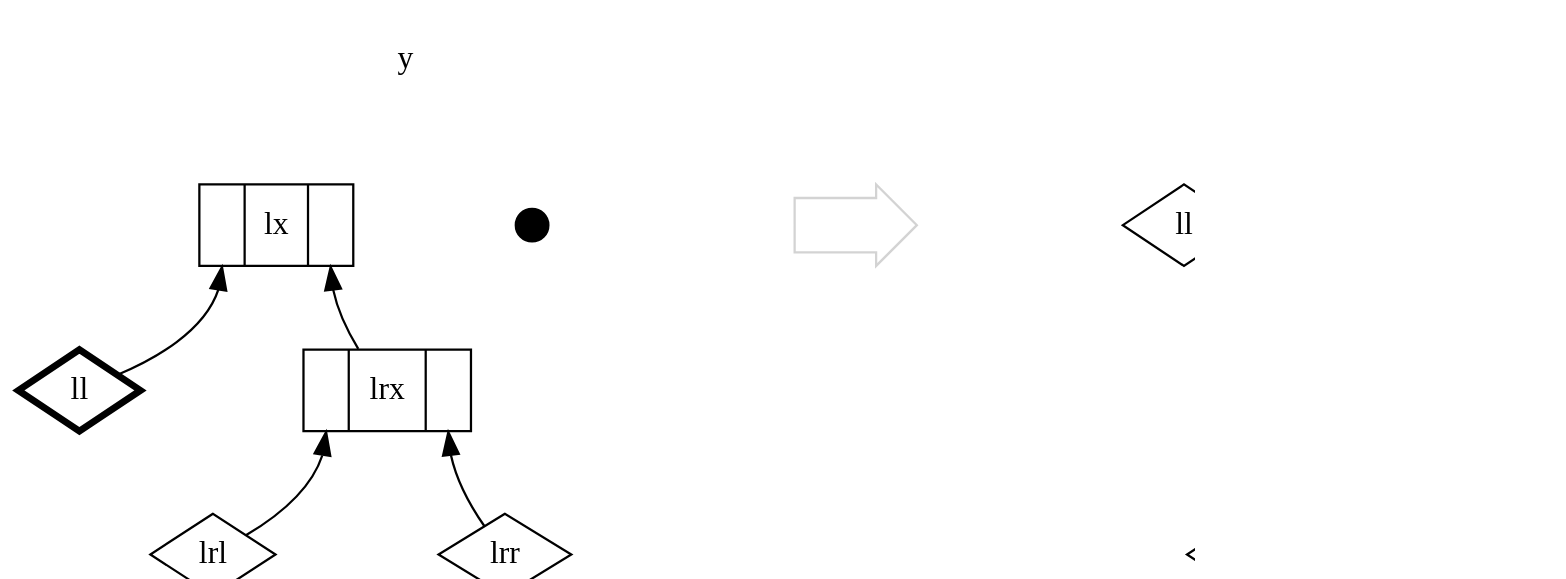
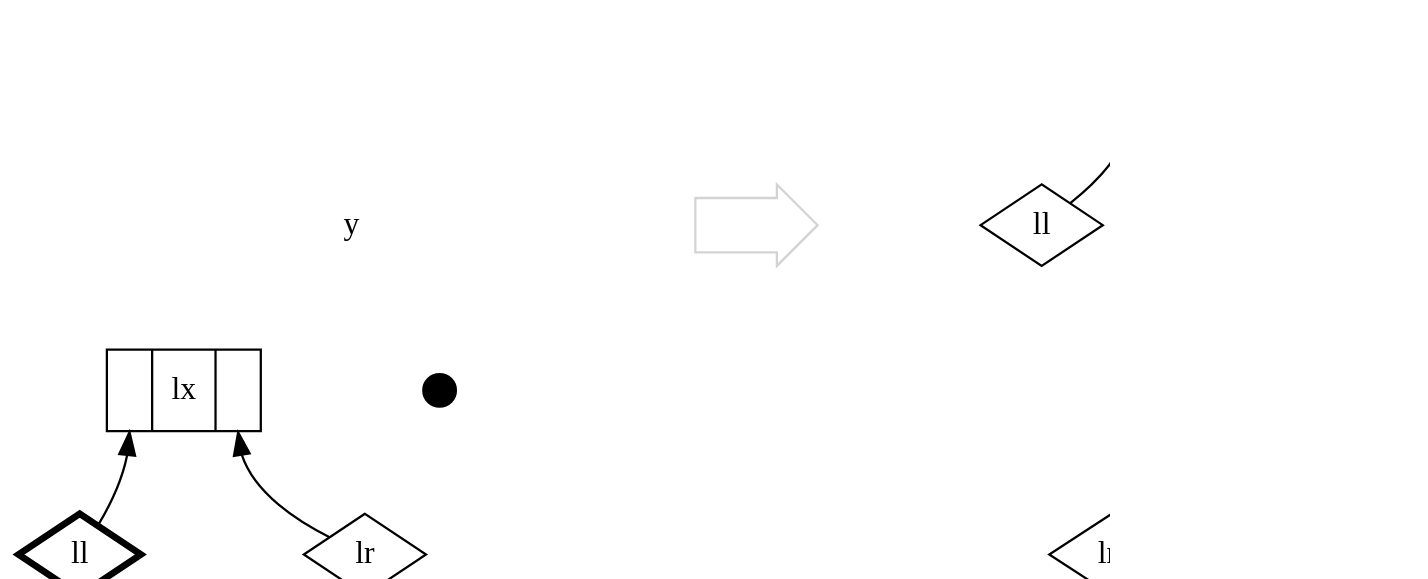
Diagram 25 of 30 in manuscript/book.org (fommil/fpmortals), drawn with Graphviz before and after one commit. The commit also changed other lines of this file and 3 other files, not shown here.

```diff
--- a/manuscript/book.org
+++ b/manuscript/book.org
@@ -7676,47 +7678,43 @@
 #+BEGIN_SRC dot :cmd dot :file images/balanceL-5a.png :exports results
 digraph G {
     graph [dpi=100, rankdir=BT,nodesep=1];
     node [fontname=Hack];
     compound=true;
 
     subgraph case {
       y [label="y",color=white];
       left [shape=record, label="<left> | <y> lx | <right>"];
       right [shape=point,width=0.2];
       left -> y [style=invis];
       right -> y [style=invis];
       left_left [shape=diamond,label="ll",penwidth=3];
-      left_right [shape=record, label="<left> | <y> lrx | <right>"];
+      left_right [shape=diamond, label="lr"];
       left_left -> left:left;
       left_right -> left:right;
-      left_right_left [label="lrl",shape=diamond];
-      left_right_right [label="lrr",shape=diamond];
-      left_right_left -> left_right:left;
-      left_right_right -> left_right:right;
     }
 
     goes_to [shape=rarrow,label="",color=lightgray];
     hack_2 [style=invis];
     hack_2 -> goes_to [style=invis];
     hack_3 [style=invis];
     hack_3 -> hack_2 [style=invis];
 
     subgraph case_ {
       y_ [shape=record,label="<left> | <y> lx | <right>"];
       left_ [shape=diamond,label="ll"];
       right_ [shape=record,label="<left> | <y> y | <right>"];
       left_ -> y_:left;
       right_ -> y_:right;
 
       right_left_ [shape=record,label="<left> | <y> lrx | <right>"];
       right_right_ [shape=point,width=0.2];
       right_left_ -> right_:left;
       right_right_ -> right_:right;
 
       right_left_left_ [shape=diamond,label="lrl"];
       right_left_right_ [shape=diamond,label="lrr"];
       right_left_left_ -> right_left_:left;
       right_left_right_ -> right_left_:right;
     }
 }
 #+End_SRC
```
